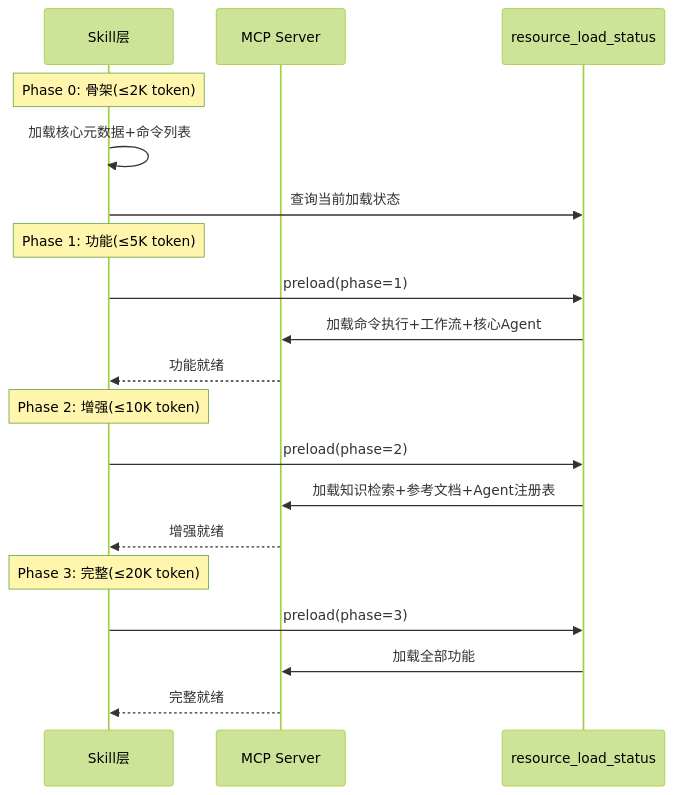
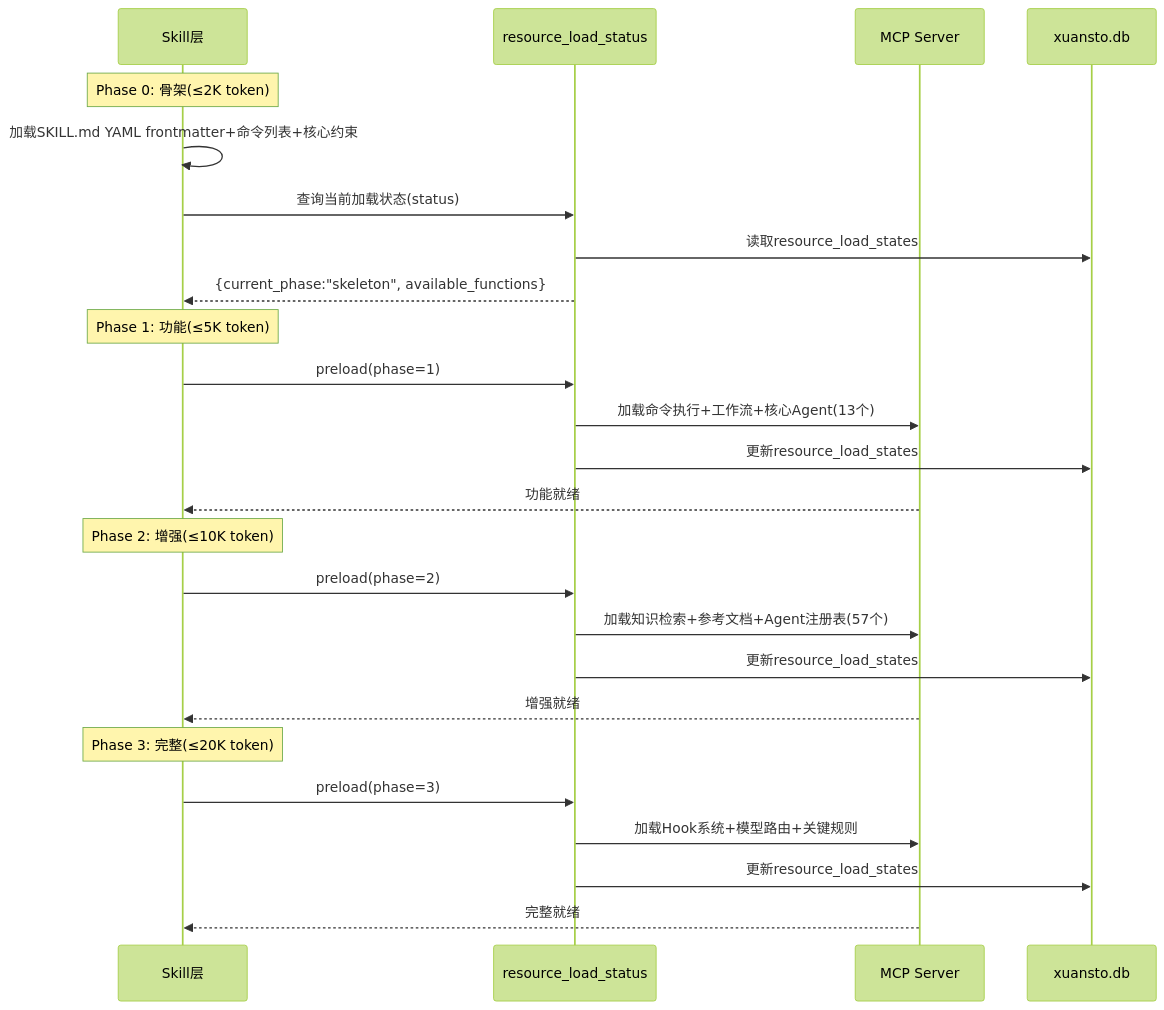
One commit to xuanyuanchumo/xuansto changed the second of 4 diagrams in docs/plan/ARCHITECTURE.md. Above: the diagram before and after it, drawn with Mermaid (forest theme). The commit also changed other lines of this file and 7737 other files, not shown here.

````diff
--- a/docs/plan/ARCHITECTURE.md
+++ b/docs/plan/ARCHITECTURE.md
@@ -368,25 +443,31 @@
 ```mermaid
 sequenceDiagram
     participant SK as Skill层
+    participant RLS as resource_load_status
     participant MCP as MCP Server
-    participant RLS as resource_load_status
+    participant DB as xuansto.db
 
     Note over SK: Phase 0: 骨架(≤2K token)
-    SK->>SK: 加载核心元数据+命令列表
-    SK->>RLS: 查询当前加载状态
+    SK->>SK: 加载SKILL.md YAML frontmatter+命令列表+核心约束
+    SK->>RLS: 查询当前加载状态(status)
+    RLS->>DB: 读取resource_load_states
+    RLS-->>SK: {current_phase:"skeleton", available_functions}
 
     Note over SK: Phase 1: 功能(≤5K token)
     SK->>RLS: preload(phase=1)
-    RLS->>MCP: 加载命令执行+工作流+核心Agent
+    RLS->>MCP: 加载命令执行+工作流+核心Agent(13个)
+    RLS->>DB: 更新resource_load_states
     MCP-->>SK: 功能就绪
 
     Note over SK: Phase 2: 增强(≤10K token)
     SK->>RLS: preload(phase=2)
-    RLS->>MCP: 加载知识检索+参考文档+Agent注册表
+    RLS->>MCP: 加载知识检索+参考文档+Agent注册表(57个)
+    RLS->>DB: 更新resource_load_states
     MCP-->>SK: 增强就绪
 
     Note over SK: Phase 3: 完整(≤20K token)
     SK->>RLS: preload(phase=3)
-    RLS->>MCP: 加载全部功能
+    RLS->>MCP: 加载Hook系统+模型路由+关键规则
+    RLS->>DB: 更新resource_load_states
     MCP-->>SK: 完整就绪
 ```
````
